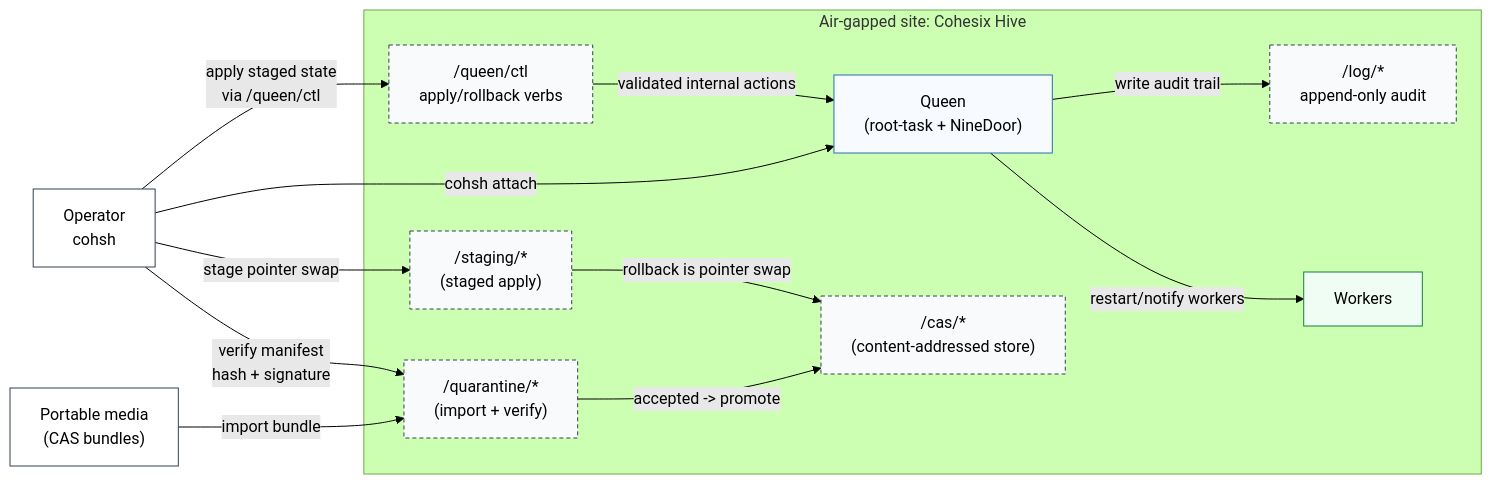
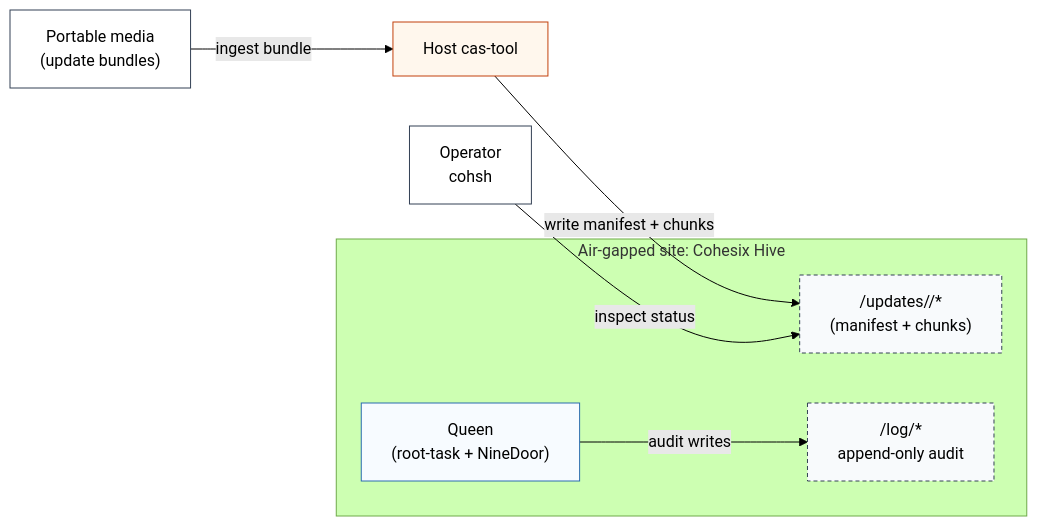
One commit to lukeb-aidev/cohesix changed the third of 5 diagrams in docs/USE_CASES.md. Above: the diagram before and after it, drawn with Mermaid (forest theme). The commit also changed other lines of this file, not shown here.

````diff
--- a/docs/USE_CASES.md
+++ b/docs/USE_CASES.md
@@ -298,30 +336,21 @@
 ```mermaid
 flowchart LR
-  USB["Portable media<br/>(CAS bundles)"]:::ext
+  USB["Portable media<br/>(update bundles)"]:::ext
   subgraph HIVE["Air-gapped site: Cohesix Hive"]
     Q["Queen<br/>(root-task + NineDoor)"]:::queen
-    QUAR["/quarantine/*<br/>(import + verify)"]:::path
-    CAS["/cas/*<br/>(content-addressed store)"]:::path
-    STAGE["/staging/*<br/>(staged apply)"]:::path
-    APPLY["/queen/ctl<br/>apply/rollback verbs"]:::path
+    UPD["/updates/<epoch>/*<br/>(manifest + chunks)"]:::path
     LOG["/log/*<br/>append-only audit"]:::path
-    W["Workers"]:::worker
   end
   OPS["Operator<br/>cohsh"]:::ext
+  HOST["Host cas-tool"]:::sidecar
 
-  USB -->|"import bundle"| QUAR
-  OPS -->|"cohsh attach"| Q
-  OPS -->|"verify manifest<br/>hash + signature"| QUAR
-  QUAR -->|"accepted -> promote"| CAS
-  OPS -->|"stage pointer swap"| STAGE
-  OPS -->|"apply staged state<br/>via /queen/ctl"| APPLY
-  APPLY -->|"validated internal actions"| Q
-  Q -->|"restart/notify workers"| W
-  Q -->|"write audit trail"| LOG
-  STAGE -->|"rollback is pointer swap"| CAS
+  USB -->|"ingest bundle"| HOST
+  HOST -->|"write manifest + chunks"| UPD
+  OPS -->|"inspect status"| UPD
+  Q -->|"audit writes"| LOG
 
   classDef queen fill:#f7fbff,stroke:#2b6cb0,stroke-width:1px;
-  classDef worker fill:#f0fdf4,stroke:#15803d,stroke-width:1px;
   classDef path fill:#f8fafc,stroke:#334155,stroke-dasharray: 4 3;
   classDef ext fill:#ffffff,stroke:#334155,stroke-width:1px;
+  classDef sidecar fill:#fff7ed,stroke:#c2410c,stroke-width:1px;
 ```
````
